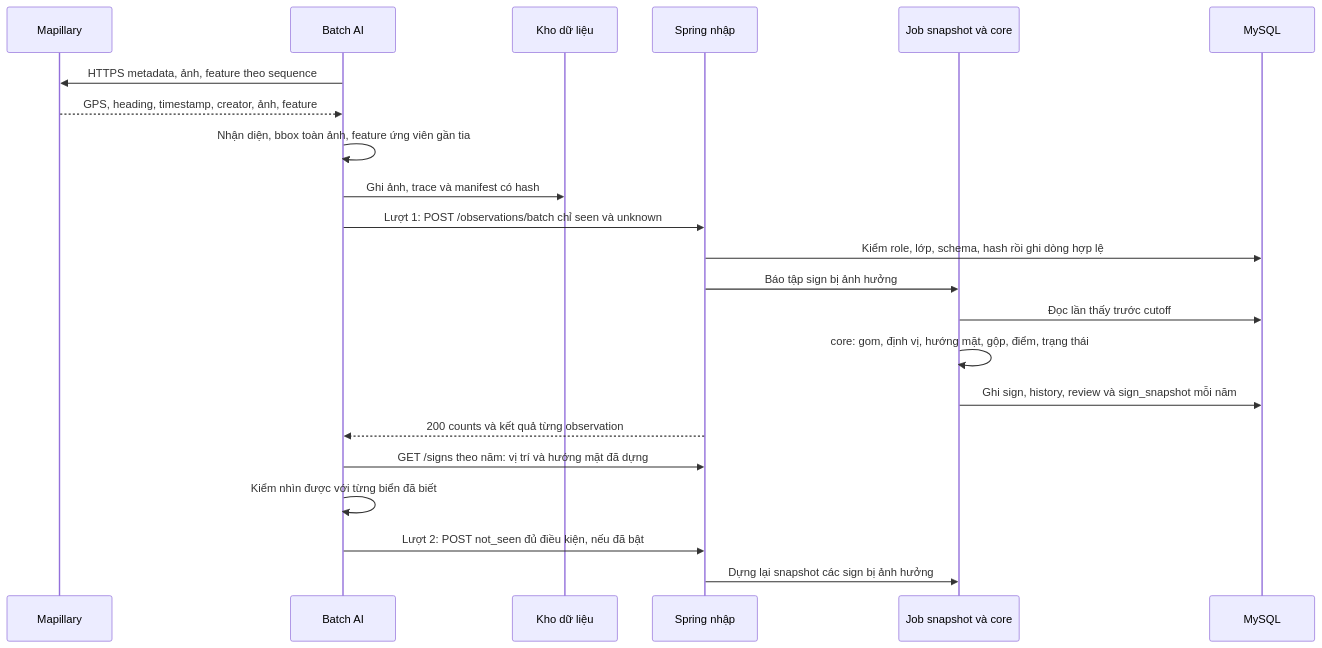
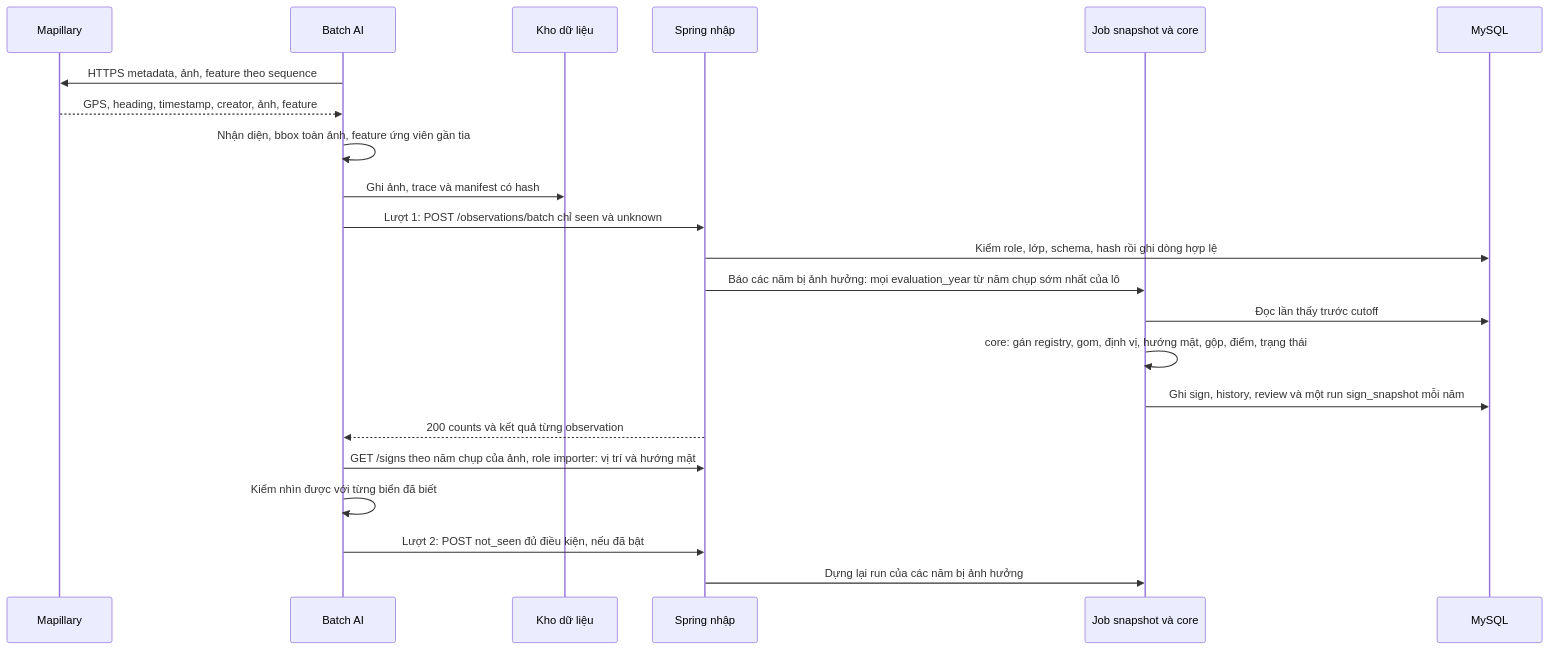
One commit to hana200804/livesign changed the second of 6 diagrams in docs/architecture.md. Above: the diagram before and after it, drawn with Mermaid. The commit also changed other lines of this file and 4 other files, not shown here.

````diff
--- a/docs/architecture.md
+++ b/docs/architecture.md
@@ -88,24 +89,24 @@
 ```mermaid
 sequenceDiagram
   participant Source as Mapillary
   participant AI as Batch AI
   participant Files as Kho dữ liệu
   participant API as Spring nhập
   participant Job as Job snapshot và core
   participant DB as MySQL
   AI->>Source: HTTPS metadata, ảnh, feature theo sequence
   Source-->>AI: GPS, heading, timestamp, creator, ảnh, feature
   AI->>AI: Nhận diện, bbox toàn ảnh, feature ứng viên gần tia
   AI->>Files: Ghi ảnh, trace và manifest có hash
   AI->>API: Lượt 1: POST /observations/batch chỉ seen và unknown
   API->>DB: Kiểm role, lớp, schema, hash rồi ghi dòng hợp lệ
-  API->>Job: Báo tập sign bị ảnh hưởng
+  API->>Job: Báo các năm bị ảnh hưởng: mọi evaluation_year từ năm chụp sớm nhất của lô
   Job->>DB: Đọc lần thấy trước cutoff
-  Job->>Job: core: gom, định vị, hướng mặt, gộp, điểm, trạng thái
-  Job->>DB: Ghi sign, history, review và sign_snapshot mỗi năm
+  Job->>Job: core: gán registry, gom, định vị, hướng mặt, gộp, điểm, trạng thái
+  Job->>DB: Ghi sign, history, review và một run sign_snapshot mỗi năm
   API-->>AI: 200 counts và kết quả từng observation
-  AI->>API: GET /signs theo năm: vị trí và hướng mặt đã dựng
+  AI->>API: GET /signs theo năm chụp của ảnh, role importer: vị trí và hướng mặt
   AI->>AI: Kiểm nhìn được với từng biển đã biết
   AI->>API: Lượt 2: POST not_seen đủ điều kiện, nếu đã bật
-  API->>Job: Dựng lại snapshot các sign bị ảnh hưởng
+  API->>Job: Dựng lại run của các năm bị ảnh hưởng
 ```
````
